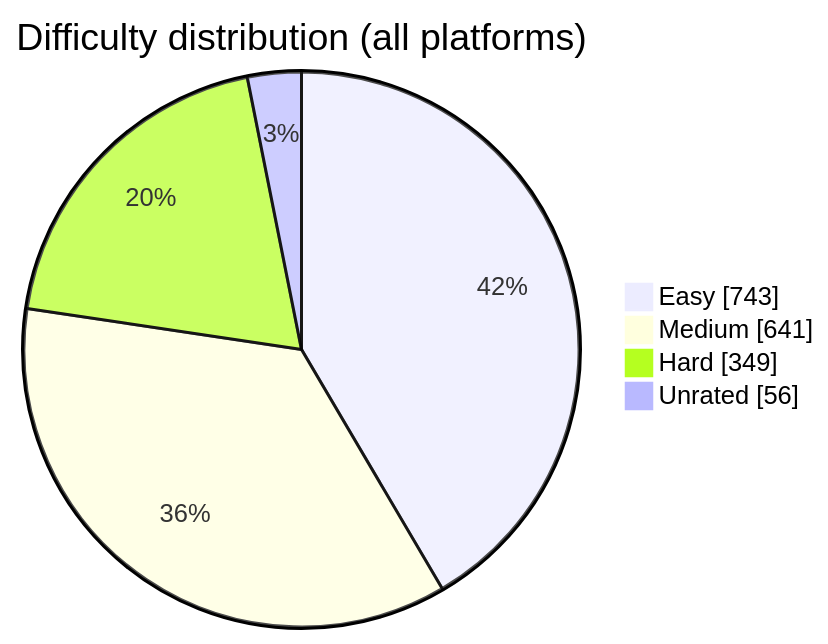
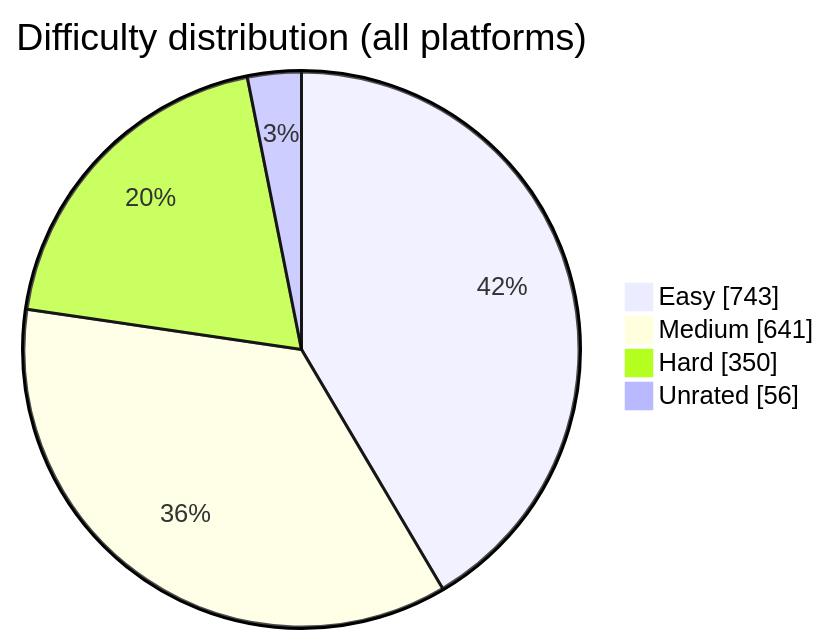
One commit to BuildbyArindam/Daily-Coding-Log changed the diagram in README.md. Above: the diagram before and after it, drawn with Mermaid. The commit also changed other lines of this file, not shown here.

````diff
--- a/README.md
+++ b/README.md
@@ -108,7 +108,7 @@
 ```mermaid
 pie showData title Difficulty distribution (all platforms)
     "Easy" : 743
     "Medium" : 641
-    "Hard" : 349
+    "Hard" : 350
     "Unrated" : 56
 ```
````
